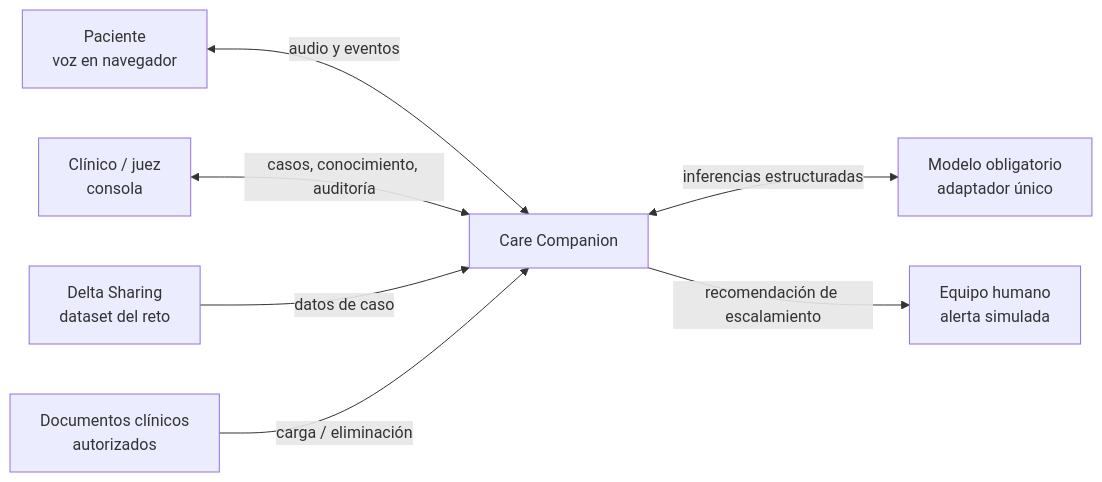
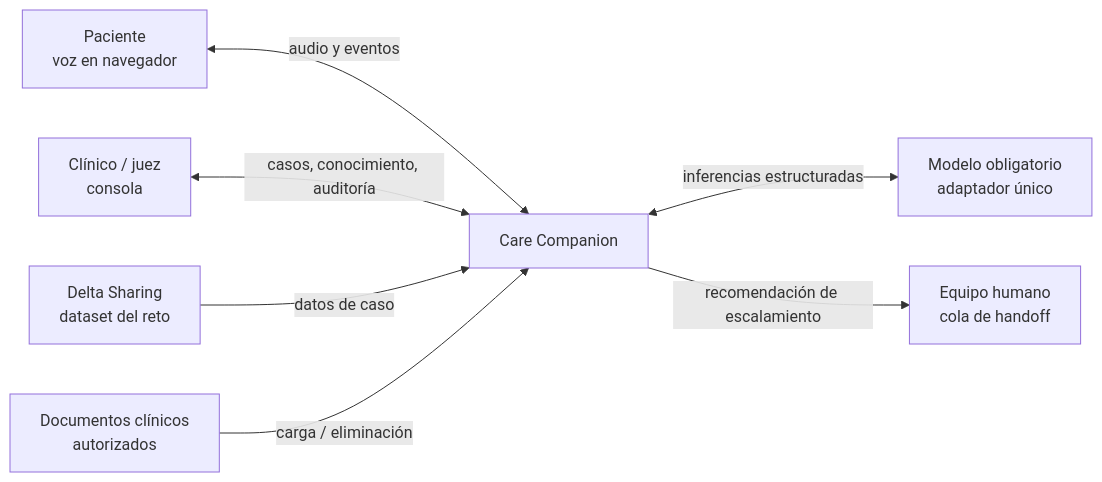
The first of 4 diagrams in docs/architecture.md (sebasga79/care-companion), drawn with Mermaid before and after one commit. The commit also changed other lines of this file and 85 other files, not shown here.

````diff
--- a/docs/architecture.md
+++ b/docs/architecture.md
@@ -73,17 +73,17 @@
 ```mermaid
 flowchart LR
     P["Paciente<br/>voz en navegador"]
     C["Clínico / juez<br/>consola"]
     CC["Care Companion"]
     DS["Delta Sharing<br/>dataset del reto"]
     LLM["Modelo obligatorio<br/>adaptador único"]
     KB["Documentos clínicos<br/>autorizados"]
-    H["Equipo humano<br/>alerta simulada"]
+    H["Equipo humano<br/>cola de handoff"]
 
     P <-->|"audio y eventos"| CC
     C <-->|"casos, conocimiento, auditoría"| CC
     DS -->|"datos de caso"| CC
     KB -->|"carga / eliminación"| CC
     CC <-->|"inferencias estructuradas"| LLM
     CC -->|"recomendación de escalamiento"| H
 ```
````
